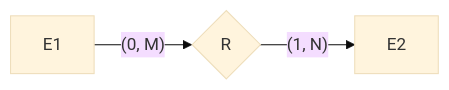
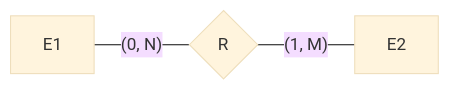
One commit to SiegeSailor/vault-personal changed the fifth of 7 diagrams in master-notes/BU/579/assignments/2/README.md. Above: the diagram before and after it, drawn with Mermaid (base theme). The commit also changed other lines of this file and 2 other files, not shown here.

````diff
--- a/master-notes/BU/579/assignments/2/README.md
+++ b/master-notes/BU/579/assignments/2/README.md
@@ -103,5 +103,5 @@
 ```mermaid
 flowchart LR
-    E1 -->|"(0, M)"| R{R}
-    R -->|"(1, N)"| E2
+    E1 ---|"(0, N)"| R{R}
+    R ---|"(1, M)"| E2
 ```
````
